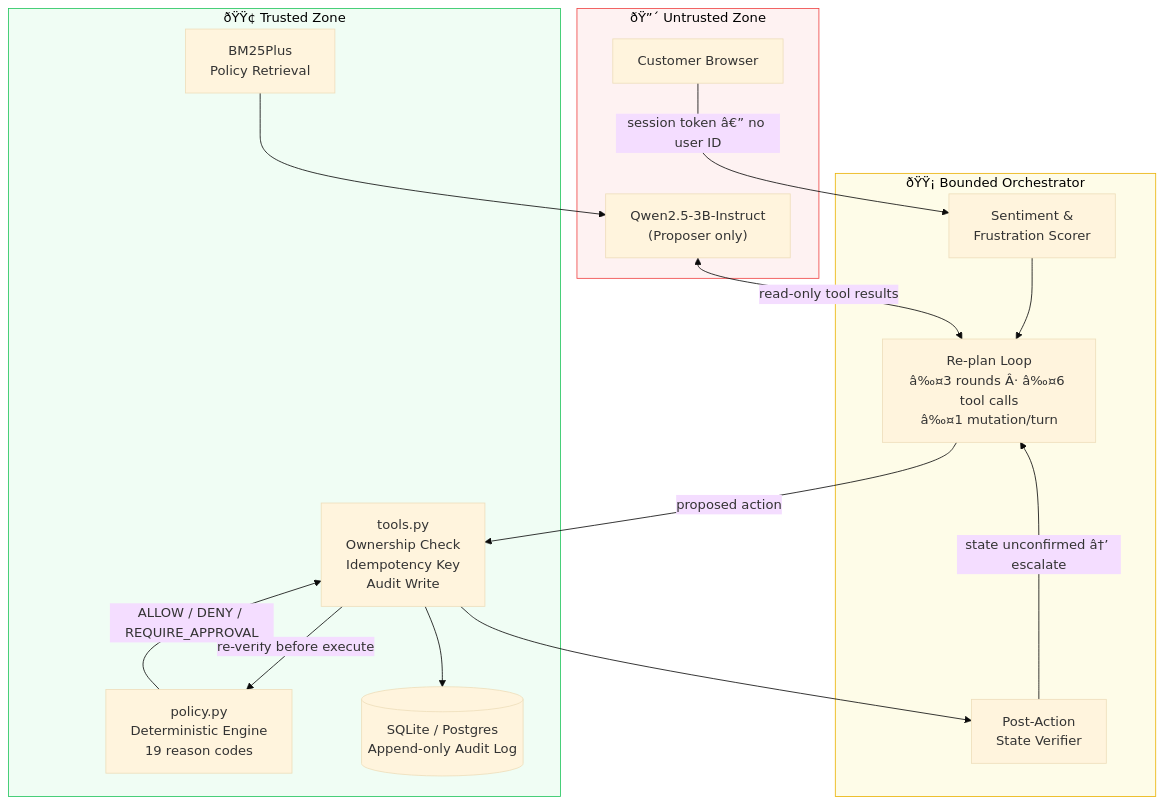
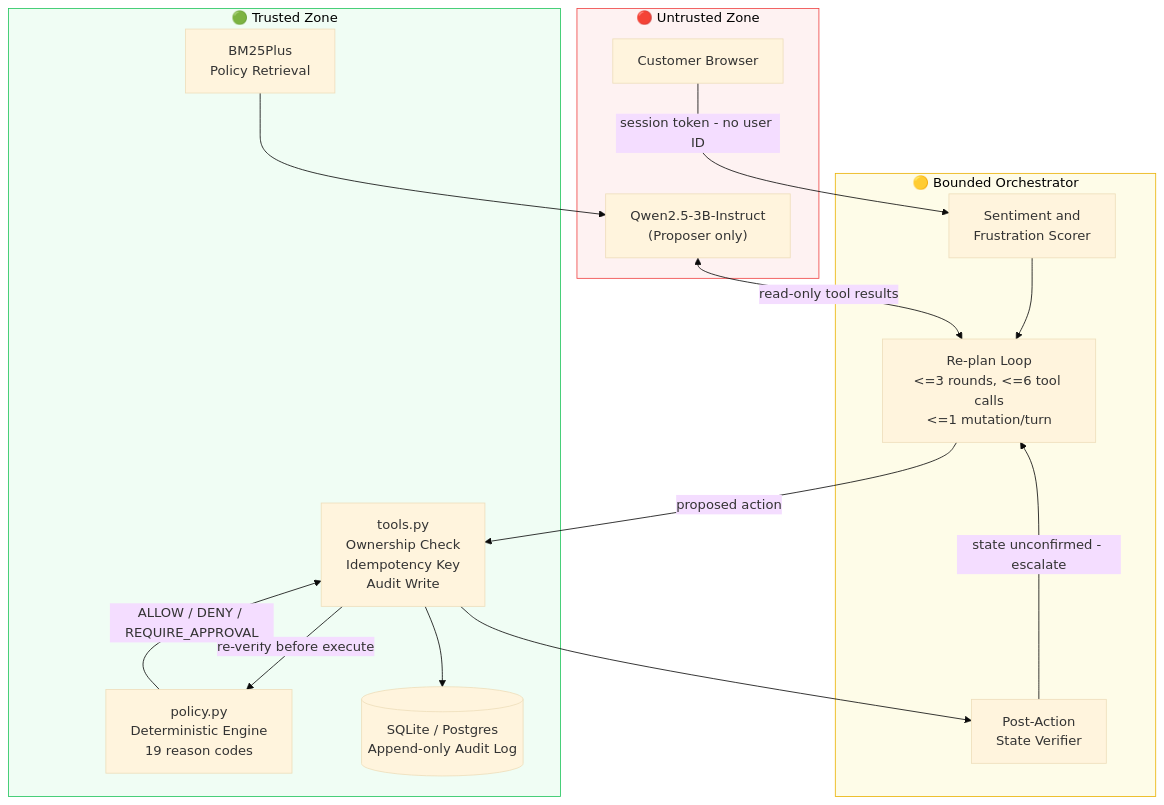
The first of 4 diagrams in README.md (Sahilgumber7/customer-support-fine), drawn with Mermaid (base theme) before and after one commit. The commit also changed other lines of this file, not shown here.

````diff
--- a/README.md
+++ b/README.md
@@ -41,35 +41,35 @@
 ```mermaid
 graph TB
-    subgraph UNTRUSTED["ðŸ”´ Untrusted Zone"]
+    subgraph UNTRUSTED["🔴 Untrusted Zone"]
         USER["Customer Browser"]
         LLM["Qwen2.5-3B-Instruct\n(Proposer only)"]
     end
 
-    subgraph ORCHESTRATOR["ðŸŸ¡ Bounded Orchestrator"]
-        SENT["Sentiment &\nFrustration Scorer"]
-        PLAN["Re-plan Loop\nâ‰¤3 rounds Â· â‰¤6 tool calls\nâ‰¤1 mutation/turn"]
+    subgraph ORCHESTRATOR["🟡 Bounded Orchestrator"]
+        SENT["Sentiment and\nFrustration Scorer"]
+        PLAN["Re-plan Loop\n<=3 rounds, <=6 tool calls\n<=1 mutation/turn"]
         VERIFY["Post-Action\nState Verifier"]
     end
 
-    subgraph TRUSTED["ðŸŸ¢ Trusted Zone"]
+    subgraph TRUSTED["🟢 Trusted Zone"]
         POLICY["policy.py\nDeterministic Engine\n19 reason codes"]
         TOOLS["tools.py\nOwnership Check\nIdempotency Key\nAudit Write"]
         DB[("SQLite / Postgres\nAppend-only Audit Log")]
         RETRIEVAL["BM25Plus\nPolicy Retrieval"]
     end
 
-    USER -->|"session token â€” no user ID"| SENT
+    USER -->|"session token - no user ID"| SENT
     SENT --> PLAN
     PLAN -->|"proposed action"| TOOLS
     TOOLS -->|"re-verify before execute"| POLICY
     POLICY -->|"ALLOW / DENY / REQUIRE_APPROVAL"| TOOLS
     TOOLS --> DB
     TOOLS --> VERIFY
-    VERIFY -->|"state unconfirmed â†’ escalate"| PLAN
+    VERIFY -->|"state unconfirmed - escalate"| PLAN
     LLM <-->|"read-only tool results"| PLAN
     RETRIEVAL --> LLM
 
     style UNTRUSTED fill:#fef2f2,stroke:#ef4444,color:#000
     style ORCHESTRATOR fill:#fefce8,stroke:#eab308,color:#000
     style TRUSTED fill:#f0fdf4,stroke:#22c55e,color:#000
 ```
````
